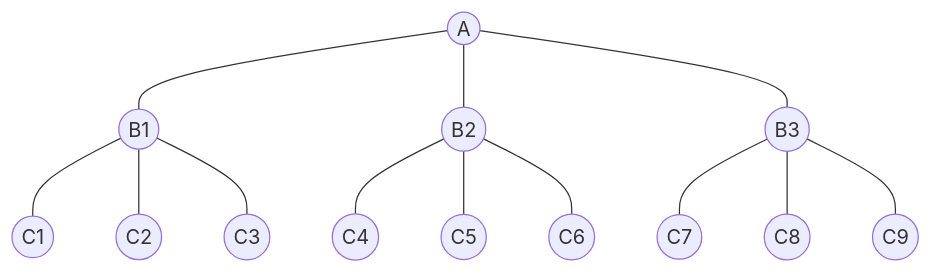
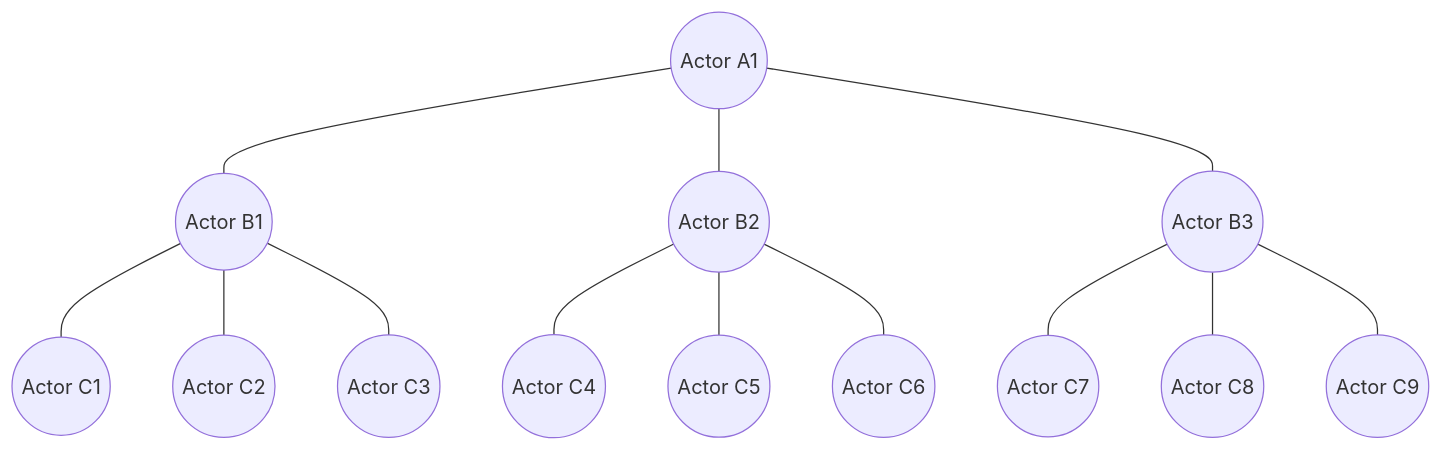
One commit to asynkron/protoactor-website changed the eighth of 9 diagrams in hugo/content/docs/mermaid.md. Above: the diagram before and after it, drawn with Mermaid. The commit also changed other lines of this file and 2 other files, not shown here.

````diff
--- a/hugo/content/docs/mermaid.md
+++ b/hugo/content/docs/mermaid.md
@@ -167,52 +167,54 @@
 ```mermaid
   graph TD;
-  A((A))
-  B1((B1))
-  B2((B2))
-  B3((B3))
+  A((Actor A1))
+  B1((Actor B1))
+  B2((Actor B2))
+  B3((Actor B3))
 
-  C1((C1))
-  C2((C2))
-  C3((C3))
+  C1((Actor C1))
+  C2((Actor C2))
+  C3((Actor C3))
 
-  C4((C4))
-  C5((C5))
-  C6((C6))
+  C4((Actor C4))
+  C5((Actor C5))
+  C6((Actor C6))
 
-  C7((C7))
-  C8((C8))
-  C9((C9))
+  C7((Actor C7))
+  C8((Actor C8))
+  C9((Actor C9))
 
 
   class A blue
   class B1 yellow
+  class B1 selected
   class B2 light-blue
   class B3 light-blue
 
-  class C1 explode
+  class C1 red
+  class C1 selected
   class C2 light-blue
   class C3 light-blue
   class C4 light-blue
   class C5 light-blue
   class C6 light-blue
   class C7 light-blue
   class C8 light-blue
   class C9 light-blue
 
 
   A---B1
   A---B2
   A---B3
 
   B1---C1
   B1---C2
   B1---C3
 
   B2---C4
   B2---C5
   B2---C6
 
   B3---C7
   B3---C8
   B3---C9
 ```
````
